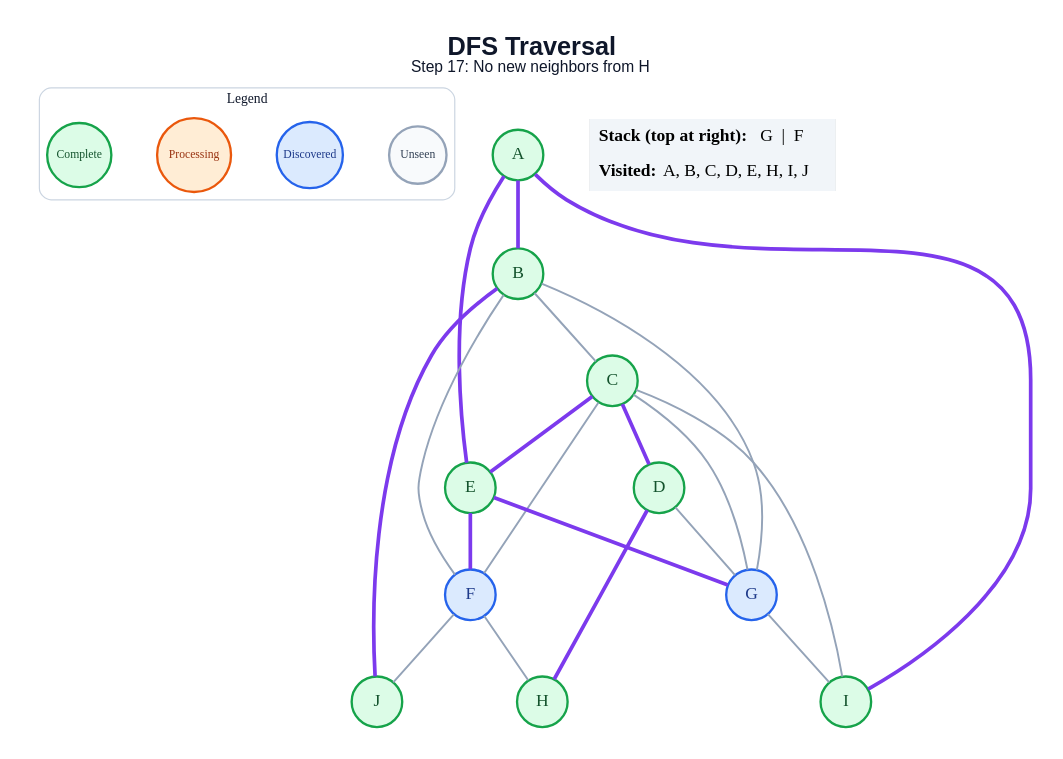
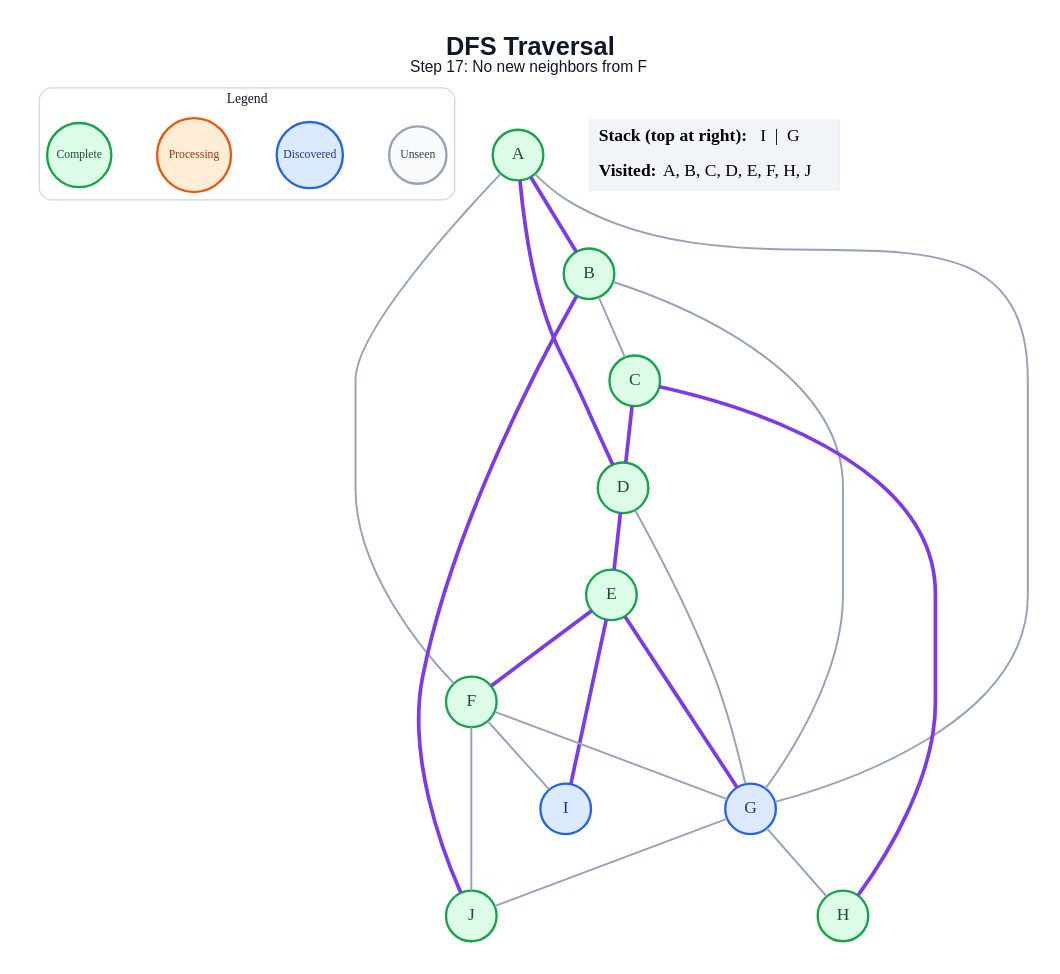
Before and after one commit to amanghodawala9/ai-slop: the diagram in generated/specific-node/dfs/step_17.dot, drawn with Graphviz. The commit also changed 178 other files, not shown here.

```diff
--- a/generated/specific-node/dfs/step_17.dot
+++ b/generated/specific-node/dfs/step_17.dot
@@ -1,48 +1,48 @@
 graph traversal {
   graph [layout=dot, rankdir=TB, bgcolor="#FFFFFF", pad="0.35", nodesep="0.65", ranksep="0.8", fontname="Arial"];
   node [shape=circle, style="filled", fontname="Arial Bold", fontsize=18, width=0.72, fixedsize=true, penwidth=2.4];
   edge [color="#94A3B8", penwidth=2.0];
-  label=<<B>DFS Traversal</B><BR/><FONT POINT-SIZE="16">Step 17: No new neighbors from H</FONT>>; labelloc="t"; fontsize=26; fontname="Arial"; fontcolor="#0F172A";
+  label=<<B>DFS Traversal</B><BR/><FONT POINT-SIZE="16">Step 17: No new neighbors from F</FONT>>; labelloc="t"; fontsize=26; fontname="Arial"; fontcolor="#0F172A";
   subgraph cluster_legend { label="Legend"; color="#CBD5E1"; penwidth=1.2; style="rounded"; fontsize=14; fontname="Arial Bold";
     key_unseen [label="Unseen", fillcolor="#F8FAFC", color="#94A3B8", fontcolor="#334155", fontsize=12, width=0.82];
     key_frontier [label="Discovered", fillcolor="#DBEAFE", color="#2563EB", fontcolor="#1E3A8A", fontsize=12, width=0.95];
     key_current [label="Processing", fillcolor="#FFEDD5", color="#EA580C", fontcolor="#9A3412", fontsize=12, width=1.05];
     key_done [label="Complete", fillcolor="#DCFCE7", color="#16A34A", fontcolor="#14532D", fontsize=12, width=0.92];
     { rank=same; key_unseen; key_frontier; key_current; key_done; }
   }
   A [fillcolor="#DCFCE7", color="#16A34A", fontcolor="#14532D"];
   B [fillcolor="#DCFCE7", color="#16A34A", fontcolor="#14532D"];
   C [fillcolor="#DCFCE7", color="#16A34A", fontcolor="#14532D"];
   D [fillcolor="#DCFCE7", color="#16A34A", fontcolor="#14532D"];
   E [fillcolor="#DCFCE7", color="#16A34A", fontcolor="#14532D"];
-  F [fillcolor="#DBEAFE", color="#2563EB", fontcolor="#1E3A8A"];
+  F [fillcolor="#DCFCE7", color="#16A34A", fontcolor="#14532D"];
   G [fillcolor="#DBEAFE", color="#2563EB", fontcolor="#1E3A8A"];
   H [fillcolor="#DCFCE7", color="#16A34A", fontcolor="#14532D"];
-  I [fillcolor="#DCFCE7", color="#16A34A", fontcolor="#14532D"];
+  I [fillcolor="#DBEAFE", color="#2563EB", fontcolor="#1E3A8A"];
   J [fillcolor="#DCFCE7", color="#16A34A", fontcolor="#14532D"];
   A -- B [color="#7C3AED", penwidth=3.8];
-  A -- E [color="#7C3AED", penwidth=3.8];
-  A -- I [color="#7C3AED", penwidth=3.8];
+  A -- D [color="#7C3AED", penwidth=3.8];
+  A -- F;
+  A -- G;
   B -- C;
-  B -- F;
   B -- G;
   B -- J [color="#7C3AED", penwidth=3.8];
   C -- D [color="#7C3AED", penwidth=3.8];
-  C -- E [color="#7C3AED", penwidth=3.8];
-  C -- F;
-  C -- G;
-  C -- I;
+  C -- H [color="#7C3AED", penwidth=3.8];
+  D -- E [color="#7C3AED", penwidth=3.8];
   D -- G;
-  D -- H [color="#7C3AED", penwidth=3.8];
   E -- F [color="#7C3AED", penwidth=3.8];
   E -- G [color="#7C3AED", penwidth=3.8];
-  F -- H;
+  E -- I [color="#7C3AED", penwidth=3.8];
+  F -- G;
+  F -- I;
   F -- J;
-  G -- I;
+  G -- H;
+  G -- J;
   status [shape=plain, fixedsize=false, width=0, height=0, margin=0, label=<
     <TABLE BORDER="0" CELLBORDER="0" CELLPADDING="7" BGCOLOR="#F1F5F9">
-      <TR><TD ALIGN="LEFT"><B>Stack (top at right):</B> G  |  F</TD></TR>
-      <TR><TD ALIGN="LEFT"><B>Visited:</B> A, B, C, D, E, H, I, J</TD></TR>
+      <TR><TD ALIGN="LEFT"><B>Stack (top at right):</B> I  |  G</TD></TR>
+      <TR><TD ALIGN="LEFT"><B>Visited:</B> A, B, C, D, E, F, H, J</TD></TR>
     </TABLE>
   >];
 }
```
